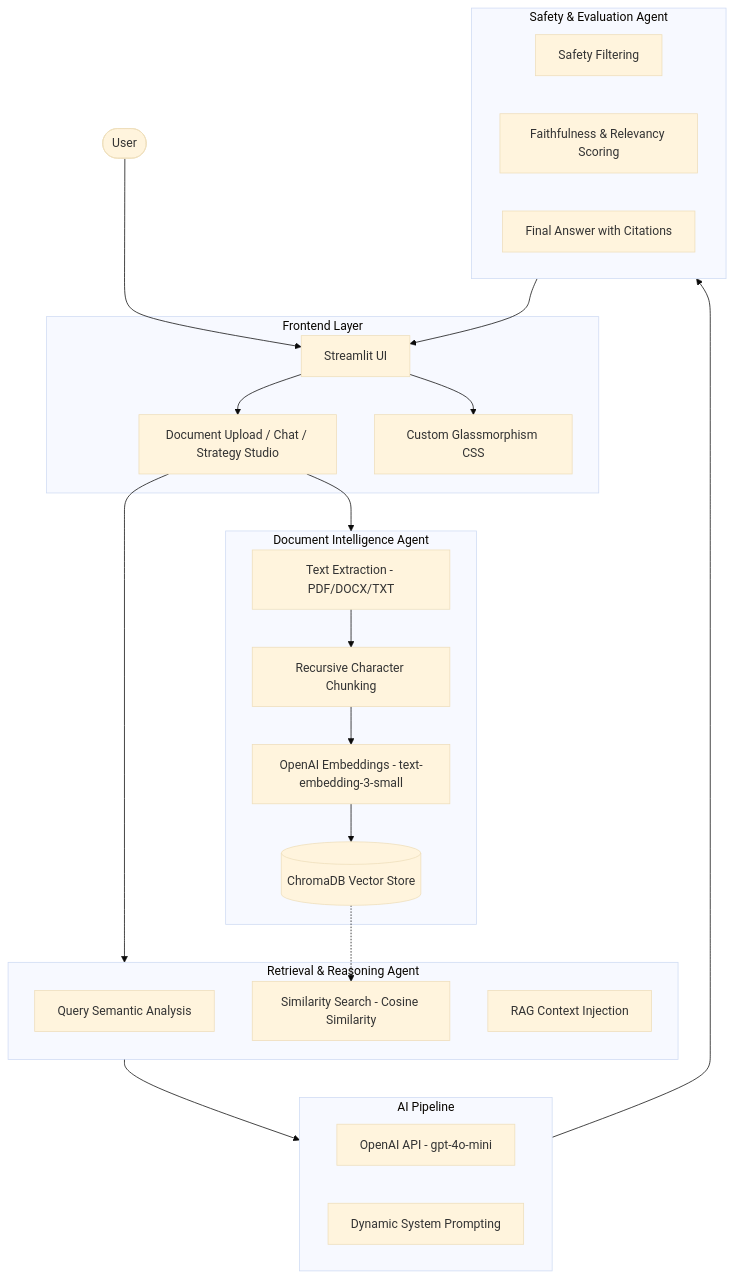
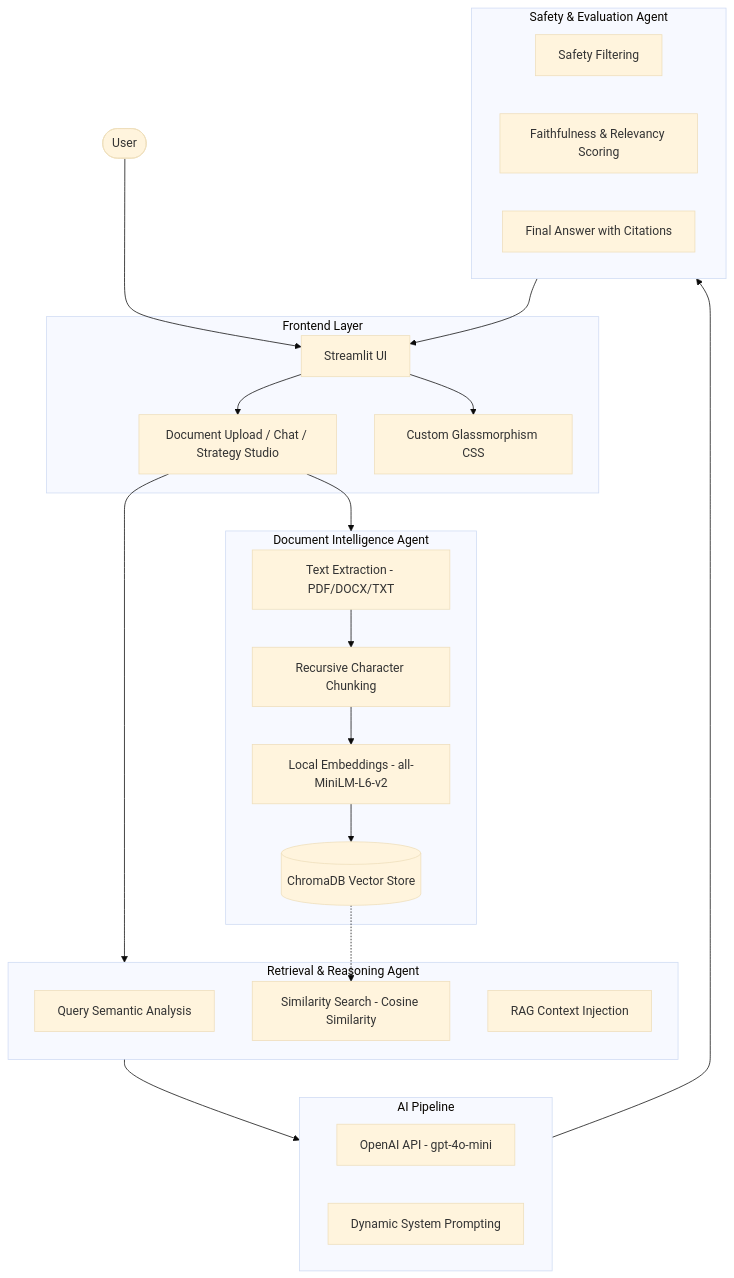
One commit to animusehsan-sketch/parsuma-ai-platform changed the diagram in docs/architecture.md. Above: the diagram before and after it, drawn with Mermaid (base theme). The commit also changed other lines of this file and 1 other file, not shown here.

Commit message:
Improve deployment readiness and setup documentation

````diff
--- a/docs/architecture.md
+++ b/docs/architecture.md
@@ -11,50 +11,50 @@
 ```mermaid
 graph TD
     User([User])
     
     subgraph UI_Layer [Frontend Layer]
         Streamlit[Streamlit UI]
         Modules[Document Upload / Chat / Strategy Studio]
         CSS[Custom Glassmorphism CSS]
     end
 
     subgraph Ingestion_Agent [Document Intelligence Agent]
         Extraction[Text Extraction - PDF/DOCX/TXT]
         Chunking[Recursive Character Chunking]
-        Embeddings[OpenAI Embeddings - text-embedding-3-small]
+        Embeddings[Local Embeddings - all-MiniLM-L6-v2]
         VectorStore[(ChromaDB Vector Store)]
     end
 
     subgraph Retrieval_Layer [Retrieval & Reasoning Agent]
         QueryProcessing[Query Semantic Analysis]
         Retriever[Similarity Search - Cosine Similarity]
         RAGPipeline[RAG Context Injection]
     end
 
     subgraph LLM_Orchestration [AI Pipeline]
         OpenAI[OpenAI API - gpt-4o-mini]
         SystemPrompt[Dynamic System Prompting]
     end
 
     subgraph Validation_Layer [Safety & Evaluation Agent]
         Guardrails[Safety Filtering]
         Eval[Faithfulness & Relevancy Scoring]
         FinalOutput[Final Answer with Citations]
     end
 
     %% Connections
     User --> Streamlit
     Streamlit --> Modules
     Modules --> Ingestion_Agent
     Streamlit --> CSS
     
     Extraction --> Chunking
     Chunking --> Embeddings
     Embeddings --> VectorStore
     
     Modules --> Retrieval_Layer
     VectorStore -.-> Retriever
     Retrieval_Layer --> LLM_Orchestration
     LLM_Orchestration --> Validation_Layer
     Validation_Layer --> Streamlit
 ```
````
